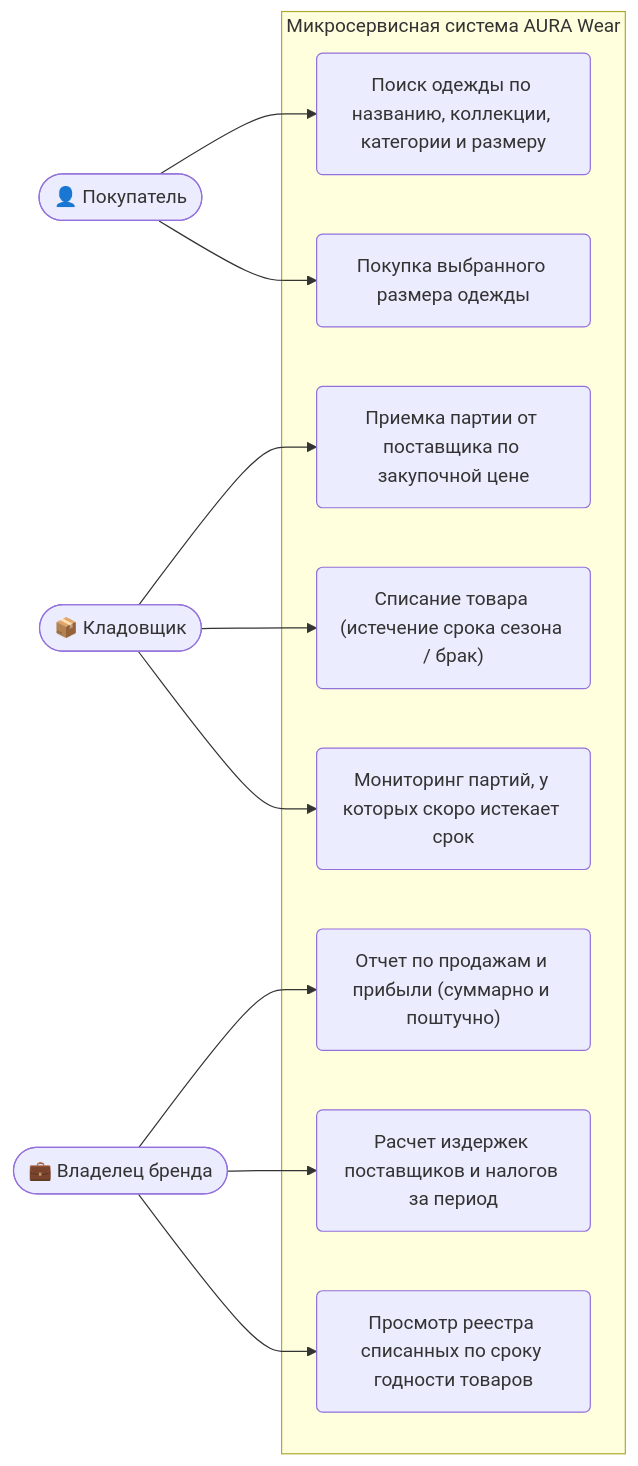
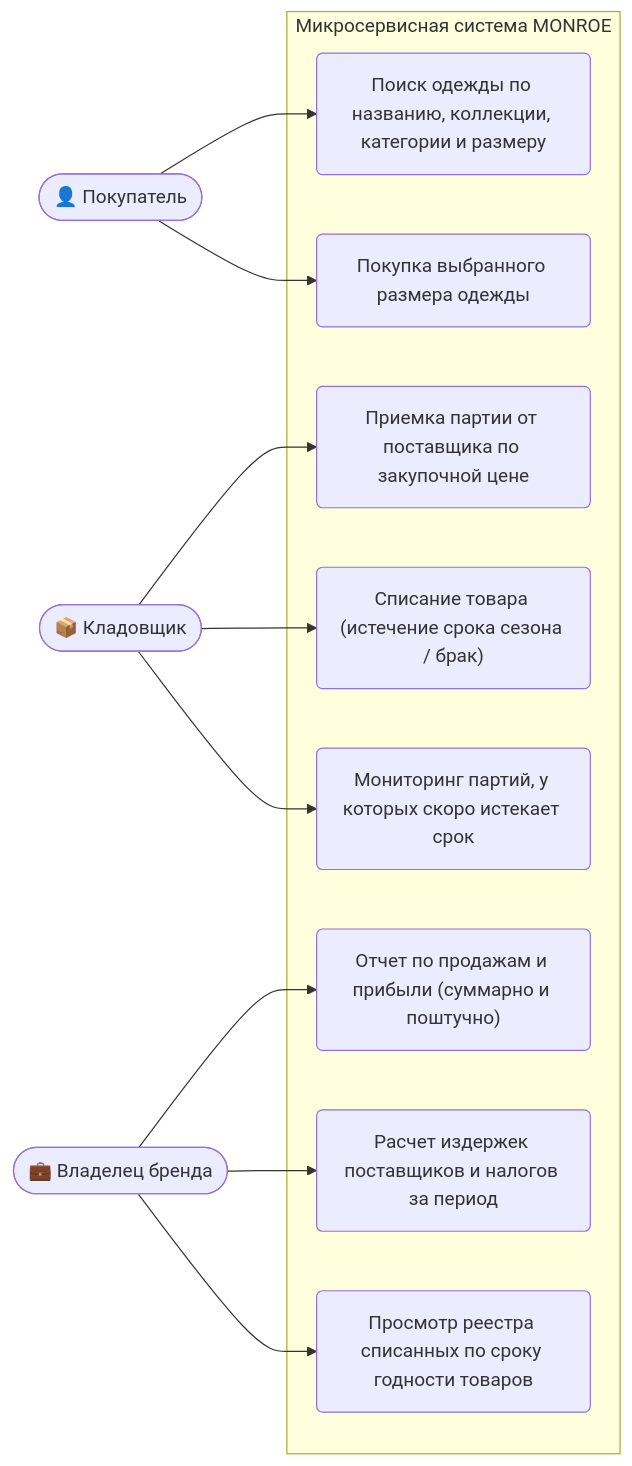
Before and after one commit to anya-gor/project2026: the first of 2 diagrams in docs/BUSINESS_REQUIREMENTS.md, drawn with Mermaid. The commit also changed other lines of this file and 12 other files, not shown here.

````diff
--- a/docs/BUSINESS_REQUIREMENTS.md
+++ b/docs/BUSINESS_REQUIREMENTS.md
@@ -65,26 +65,26 @@
 ```mermaid
 flowchart LR
     Customer(["👤 Покупатель"])
     Staff(["📦 Кладовщик"])
     Admin(["💼 Владелец бренда"])
 
-    subgraph AURA_Wear ["Микросервисная система AURA Wear"]
+    subgraph AURA_Wear ["Микросервисная система MONROE"]
         U1("Поиск одежды по названию, коллекции, категории и размеру")
         U2("Покупка выбранного размера одежды")
         U3("Приемка партии от поставщика по закупочной цене")
         U4("Списание товара (истечение срока сезона / брак)")
         U5("Мониторинг партий, у которых скоро истекает срок")
         U6("Отчет по продажам и прибыли (суммарно и поштучно)")
         U7("Расчет издержек поставщиков и налогов за период")
         U8("Просмотр реестра списанных по сроку годности товаров")
     end
 
     Customer --> U1
     Customer --> U2
     Staff --> U3
     Staff --> U4
     Staff --> U5
     Admin --> U6
     Admin --> U7
     Admin --> U8
 ```
````
